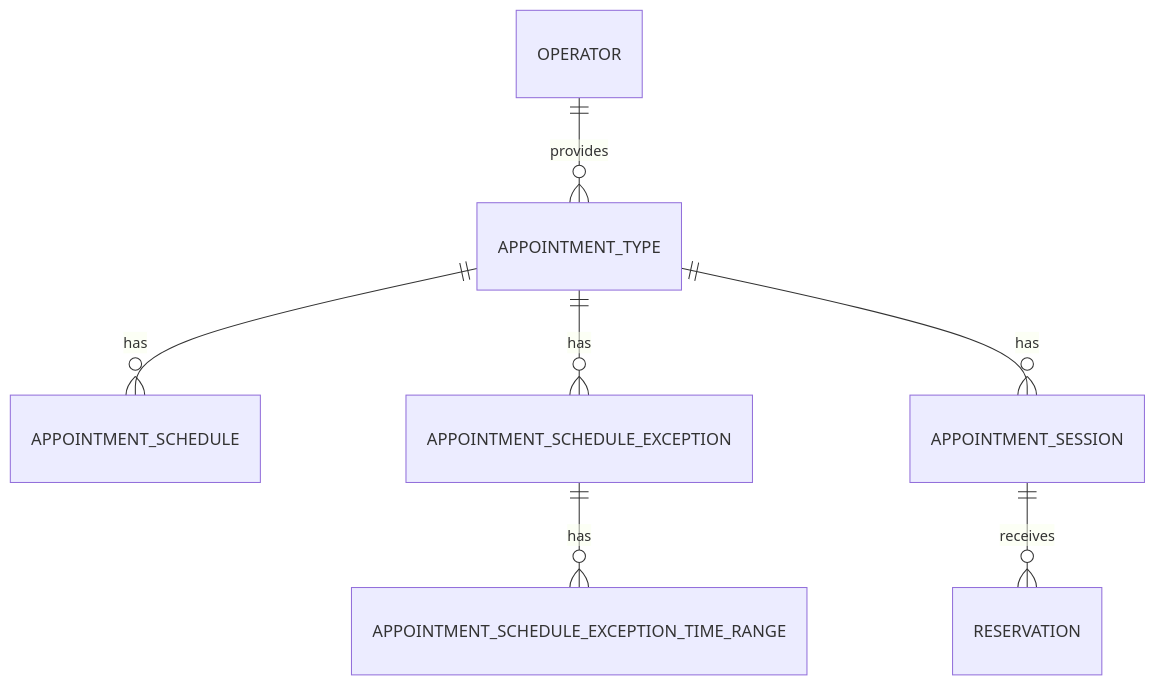
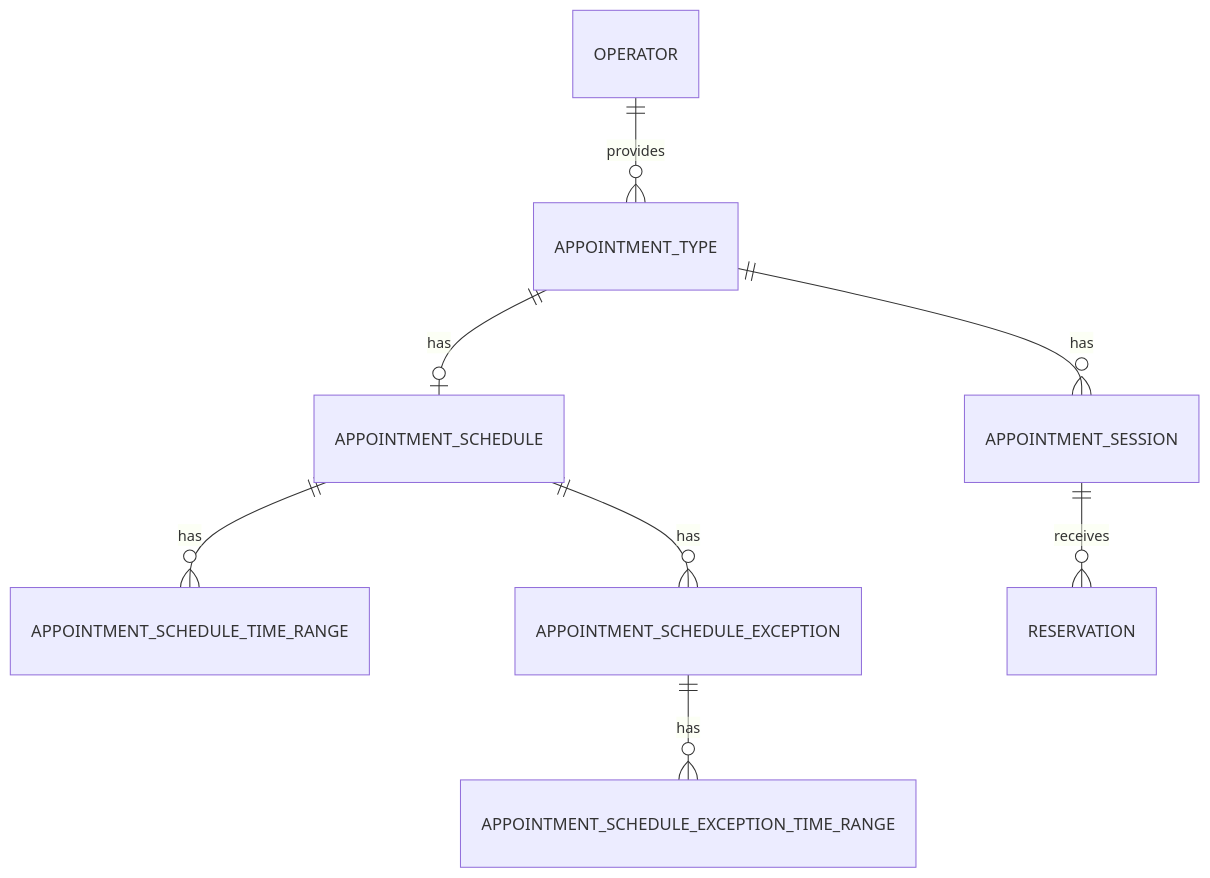
Before and after one commit to hayoonleeMe/appointment-platform: the diagram in docs/domain.md, drawn with Mermaid. The commit also changed other lines of this file and 3 other files, not shown here.

````diff
--- a/docs/domain.md
+++ b/docs/domain.md
@@ -107,9 +115,10 @@
 ```mermaid
 erDiagram
     OPERATOR ||--o{ APPOINTMENT_TYPE : provides
-    APPOINTMENT_TYPE ||--o{ APPOINTMENT_SCHEDULE : has
-    APPOINTMENT_TYPE ||--o{ APPOINTMENT_SCHEDULE_EXCEPTION : has
+    APPOINTMENT_TYPE ||--o| APPOINTMENT_SCHEDULE : has
+    APPOINTMENT_SCHEDULE ||--o{ APPOINTMENT_SCHEDULE_TIME_RANGE : has
+    APPOINTMENT_SCHEDULE ||--o{ APPOINTMENT_SCHEDULE_EXCEPTION : has
     APPOINTMENT_SCHEDULE_EXCEPTION ||--o{ APPOINTMENT_SCHEDULE_EXCEPTION_TIME_RANGE : has
     APPOINTMENT_TYPE ||--o{ APPOINTMENT_SESSION : has
     APPOINTMENT_SESSION ||--o{ RESERVATION : receives
 ```
````
